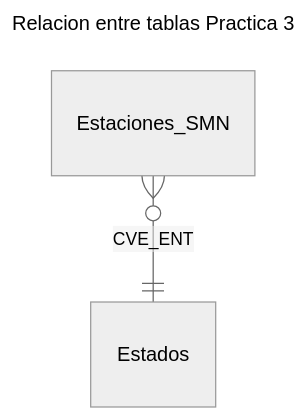
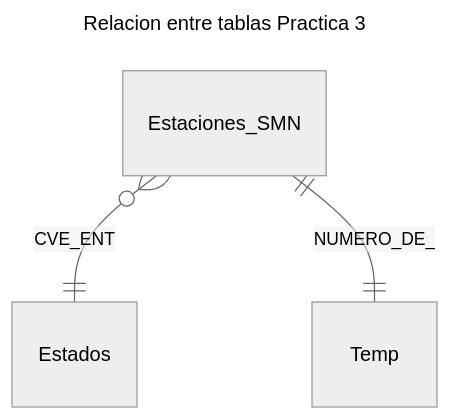
One commit to vshalisko/mixed_GIS_related_scripts changed the diagram in Clase_Metadatos/Practica_3_esquema_DB_relacional.mermaid. Above: the diagram before and after it, drawn with Mermaid (neutral theme).

```diff
--- a/Clase_Metadatos/Practica_3_esquema_DB_relacional.mermaid
+++ b/Clase_Metadatos/Practica_3_esquema_DB_relacional.mermaid
@@ -1,5 +1,6 @@
 ---
 title: Relacion entre tablas Practica 3
 ---
 erDiagram
   Estaciones_SMN }o--|| Estados : CVE_ENT
+  Estaciones_SMN ||--|| Temp : NUMERO_DE_
```
